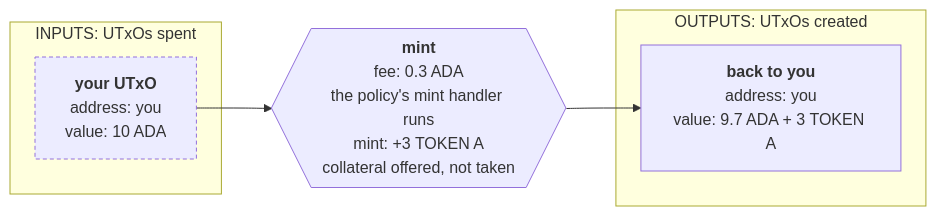
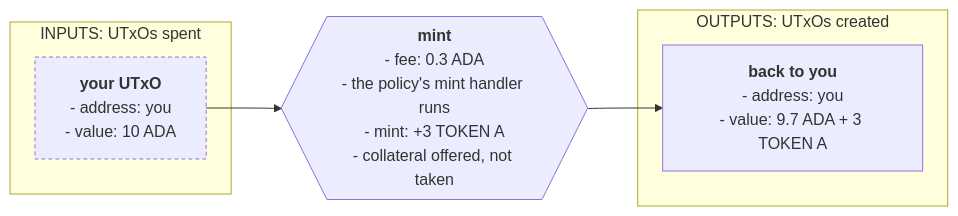
Before and after one commit to cardano-foundation/developer-portal: the second of 6 diagrams in docs/developers/onboarding/lectures/intermediate/9-frontend-integration.md, drawn with Mermaid. The commit also changed other lines of this file and 8 other files, not shown here.

````diff
--- a/docs/developers/onboarding/lectures/intermediate/9-frontend-integration.md
+++ b/docs/developers/onboarding/lectures/intermediate/9-frontend-integration.md
@@ -192,24 +192,24 @@
 ```mermaid
 flowchart LR
     subgraph IN["INPUTS: UTxOs spent"]
         I["`**your UTxO**
-        address: you
-        value: 10 ADA`"]
+        - address: you
+        - value: 10 ADA`"]
     end
 
     TX{{"`**mint**
-    fee: 0.3 ADA
-    the policy's mint handler runs
-    mint: +3 TOKEN A
-    collateral offered, not taken`"}}
+    - fee: 0.3 ADA
+    - the policy's mint handler runs
+    - mint: +3 TOKEN A
+    - collateral offered, not taken`"}}
 
     subgraph OUT["OUTPUTS: UTxOs created"]
         O["`**back to you**
-        address: you
-        value: 9.7 ADA + 3 TOKEN A`"]
+        - address: you
+        - value: 9.7 ADA + 3 TOKEN A`"]
     end
 
     I --> TX --> O
 
     style I stroke-dasharray:4 3
 ```
````
